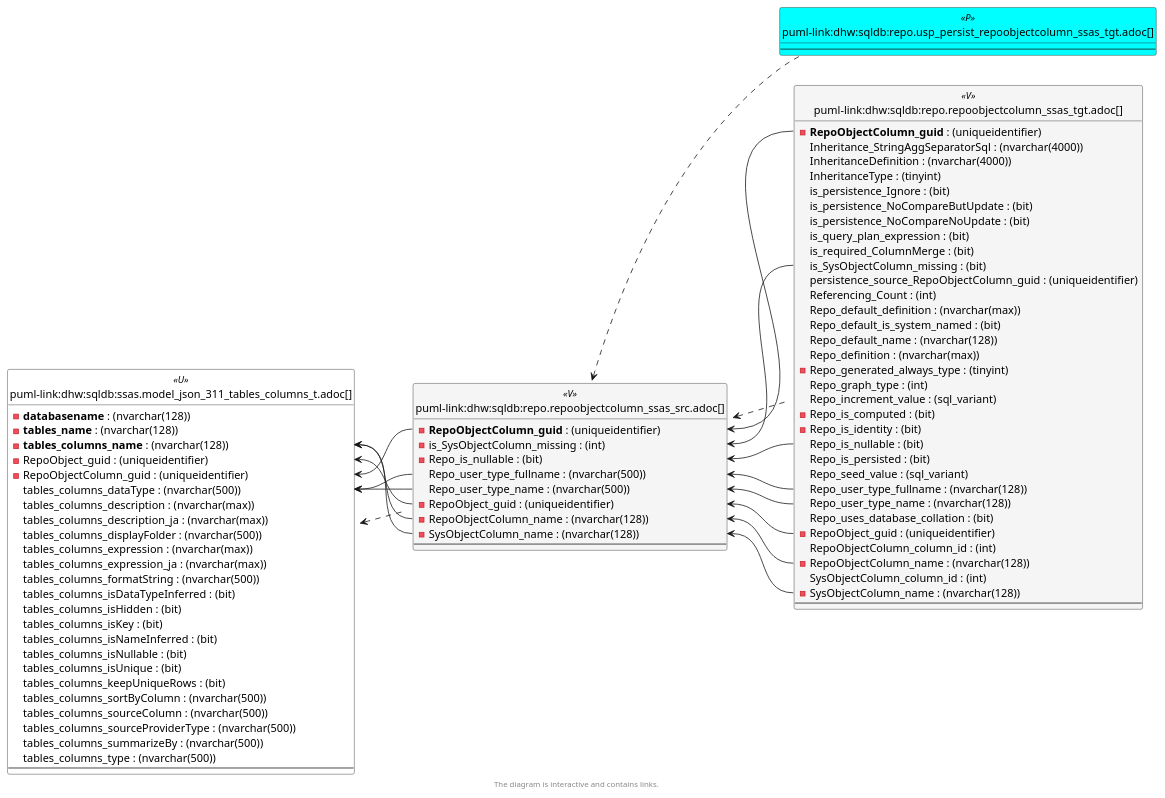
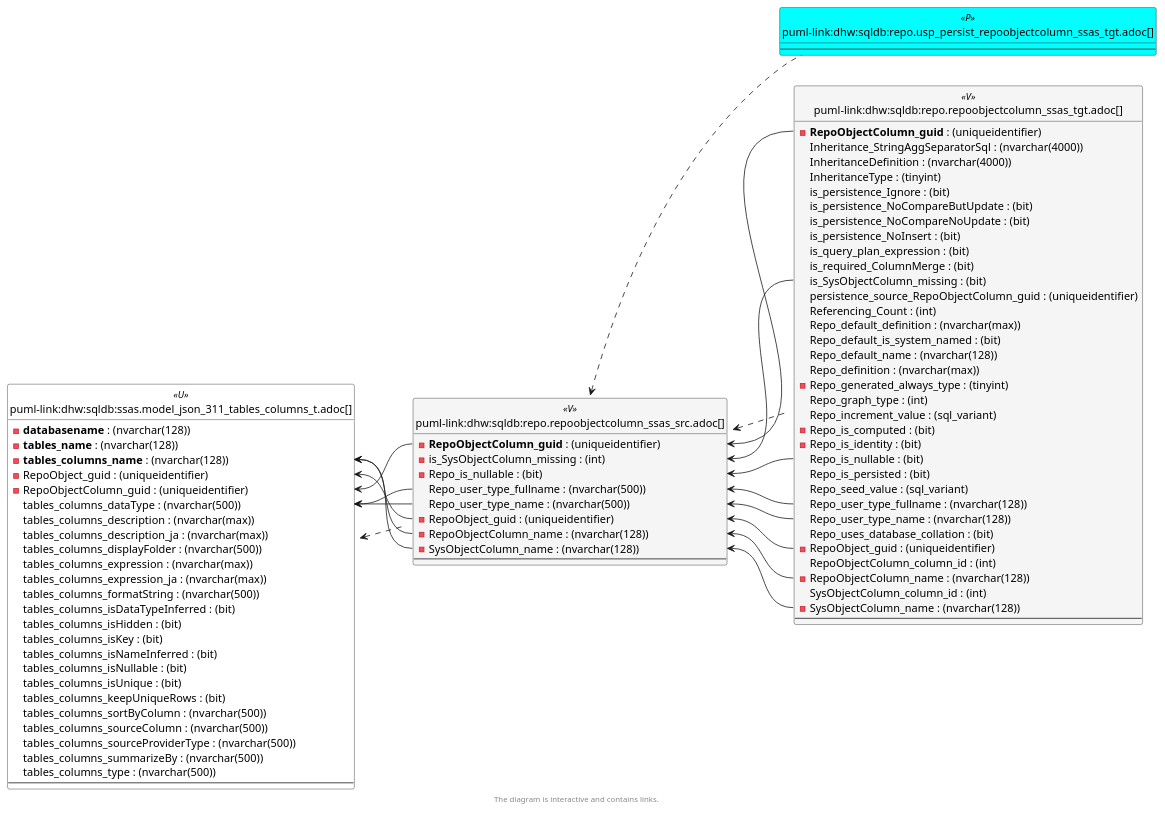
Before and after one commit to DataHandwerk/dhw-antora-sqldb: the sixth of 6 diagrams in docs/modules/sqldb/partials/content/repo.repoobjectcolumn_ssas_src.adoc, drawn with PlantUML. The commit also changed other lines of this file and 701 other files, not shown here.

```diff
--- a/docs/modules/sqldb/partials/content/repo.repoobjectcolumn_ssas_src.adoc
+++ b/docs/modules/sqldb/partials/content/repo.repoobjectcolumn_ssas_src.adoc
@@ -2632,6 +2658,7 @@
   is_persistence_Ignore : (bit)
   is_persistence_NoCompareButUpdate : (bit)
   is_persistence_NoCompareNoUpdate : (bit)
+  is_persistence_NoInsert : (bit)
   is_query_plan_expression : (bit)
   is_required_ColumnMerge : (bit)
   is_SysObjectColumn_missing : (bit)
@@ -2707,8 +2734,8 @@
 "ssas.model_json_311_tables_columns_T::RepoObjectColumn_guid" <-- "repo.RepoObjectColumn_SSAS_src::RepoObjectColumn_guid"
 "ssas.model_json_311_tables_columns_T::tables_columns_dataType" <-- "repo.RepoObjectColumn_SSAS_src::Repo_user_type_fullname"
 "ssas.model_json_311_tables_columns_T::tables_columns_dataType" <-- "repo.RepoObjectColumn_SSAS_src::Repo_user_type_name"
+"ssas.model_json_311_tables_columns_T::tables_columns_name" <-- "repo.RepoObjectColumn_SSAS_src::RepoObjectColumn_name"
 "ssas.model_json_311_tables_columns_T::tables_columns_name" <-- "repo.RepoObjectColumn_SSAS_src::SysObjectColumn_name"
-"ssas.model_json_311_tables_columns_T::tables_columns_name" <-- "repo.RepoObjectColumn_SSAS_src::RepoObjectColumn_name"
 
 footer The diagram is interactive and contains links.
 
```
